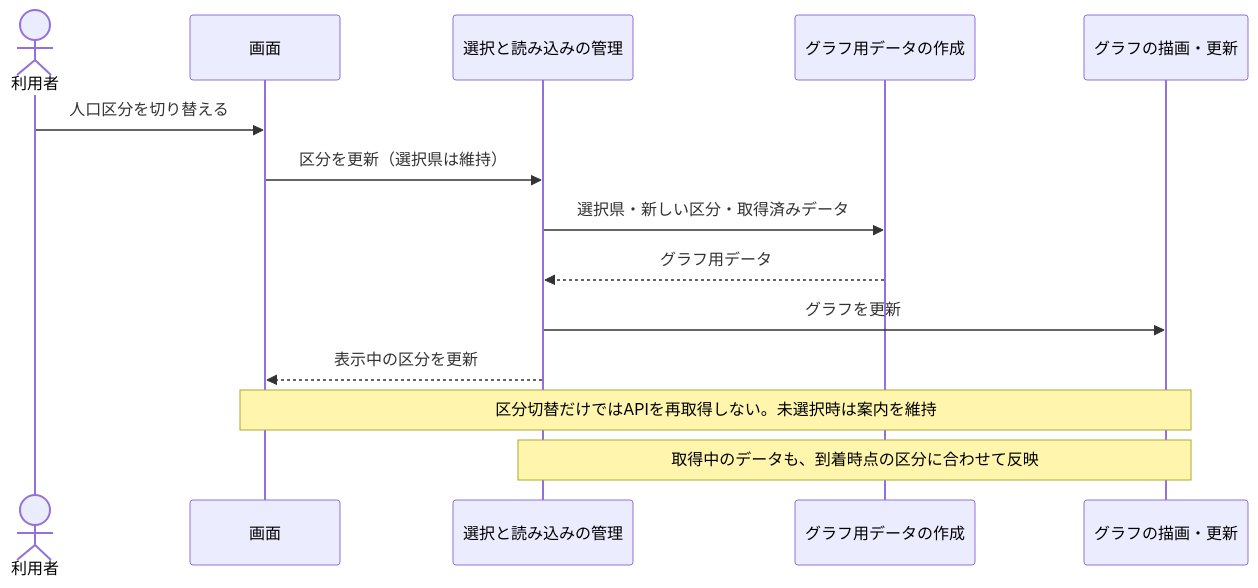
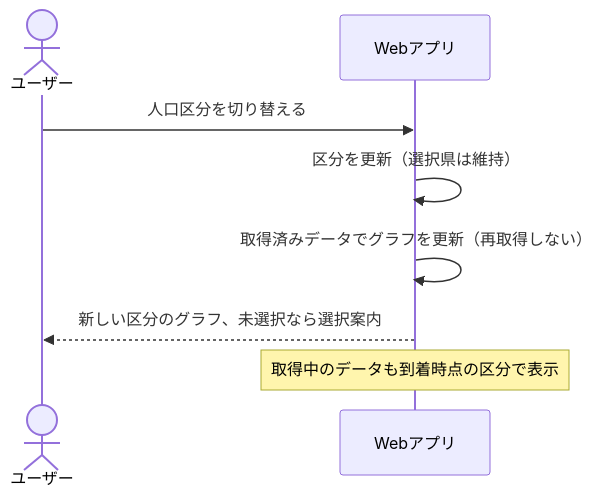
Before and after one commit to t2421/frontend-engineer-codecheck: the fourth of 5 diagrams in docs/DESIGN.md, drawn with Mermaid. The commit also changed other lines of this file, not shown here.

Commit message:
シーケンス図をシステム境界で整理

````diff
--- a/docs/DESIGN.md
+++ b/docs/DESIGN.md
@@ -112,16 +93,10 @@
 ```mermaid
 sequenceDiagram
-  actor User as 利用者
-  participant UI as 画面
-  participant State as 選択と読み込みの管理
-  participant Transform as グラフ用データの作成
-  participant Chart as グラフの描画・更新
-  User->>UI: 人口区分を切り替える
-  UI->>State: 区分を更新（選択県は維持）
-  State->>Transform: 選択県・新しい区分・取得済みデータ
-  Transform-->>State: グラフ用データ
-  State->>Chart: グラフを更新
-  State-->>UI: 表示中の区分を更新
-  Note over UI,Chart: 区分切替だけではAPIを再取得しない。未選択時は案内を維持
-  Note over State,Chart: 取得中のデータも、到着時点の区分に合わせて反映
+  actor User as ユーザー
+  participant App as Webアプリ
+  User->>App: 人口区分を切り替える
+  App->>App: 区分を更新（選択県は維持）
+  App->>App: 取得済みデータでグラフを更新（再取得しない）
+  App-->>User: 新しい区分のグラフ、未選択なら選択案内
+  Note over App: 取得中のデータも到着時点の区分で表示
 ```
````
